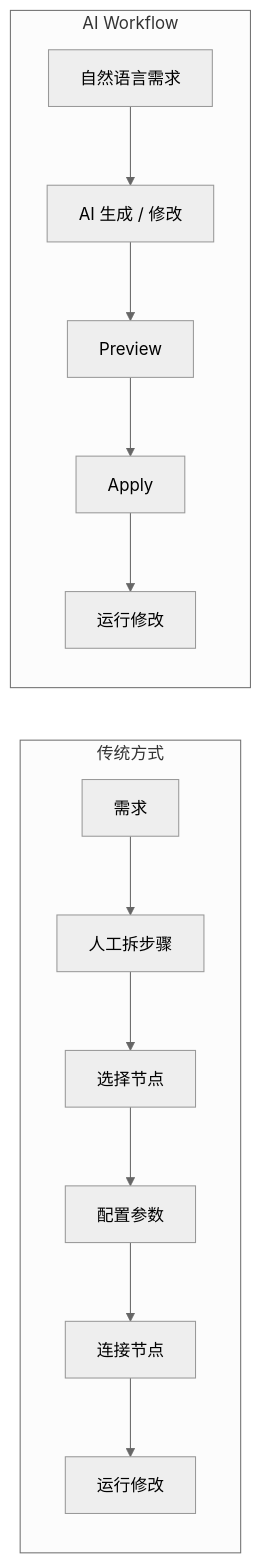
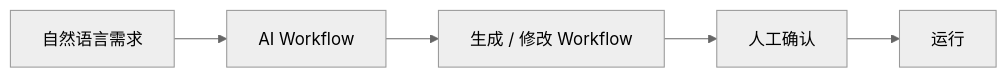
One commit to sgfd-ui/internship changed the third of 20 diagrams in weekly-report/dify-1.17-core-capabilities-research.md. Above: the diagram before and after it, drawn with Mermaid (neutral theme). The commit also changed other lines of this file, not shown here.

Commit message:
docs: deepen Dify AI Workflow and Agent research structure

````diff
--- a/weekly-report/dify-1.17-core-capabilities-research.md
+++ b/weekly-report/dify-1.17-core-capabilities-research.md
@@ -58,17 +79,7 @@
 ```mermaid
 flowchart LR
-    subgraph Traditional[传统方式]
-        A1[需求] --> A2[人工拆步骤]
-        A2 --> A3[选择节点]
-        A3 --> A4[配置参数]
-        A4 --> A5[连接节点]
-        A5 --> A6[运行修改]
-    end
-
-    subgraph AI[AI Workflow]
-        B1[自然语言需求] --> B2[AI 生成 / 修改]
-        B2 --> B3[Preview]
-        B3 --> B4[Apply]
-        B4 --> B5[运行修改]
-    end
+    A[自然语言需求] --> B[AI Workflow]
+    B --> C[生成 / 修改 Workflow]
+    C --> D[人工确认]
+    D --> E[运行]
 ```
````
